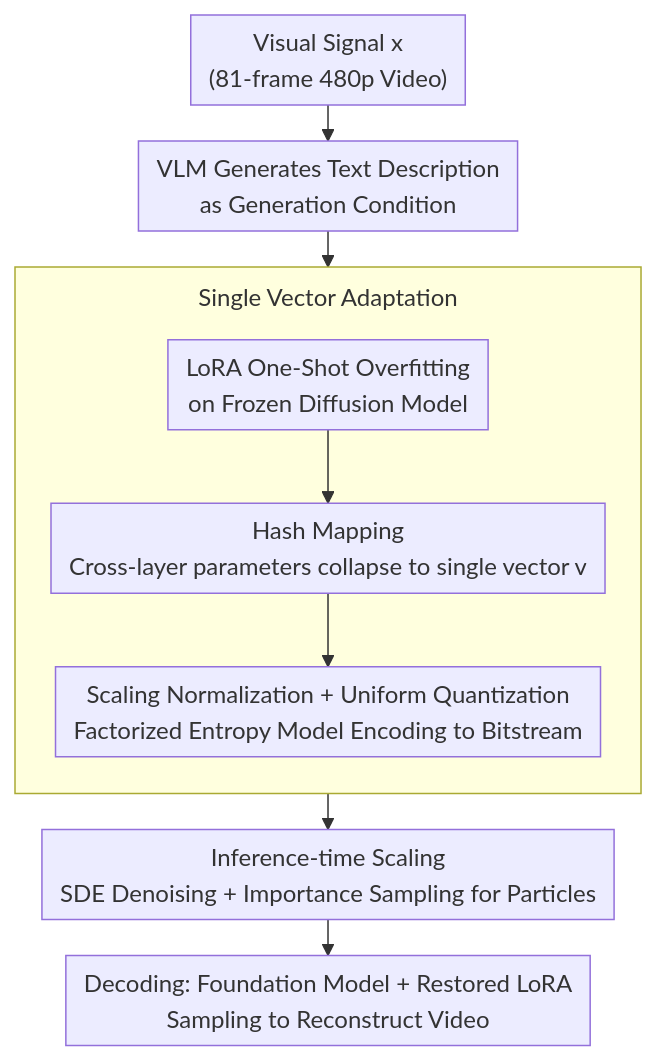
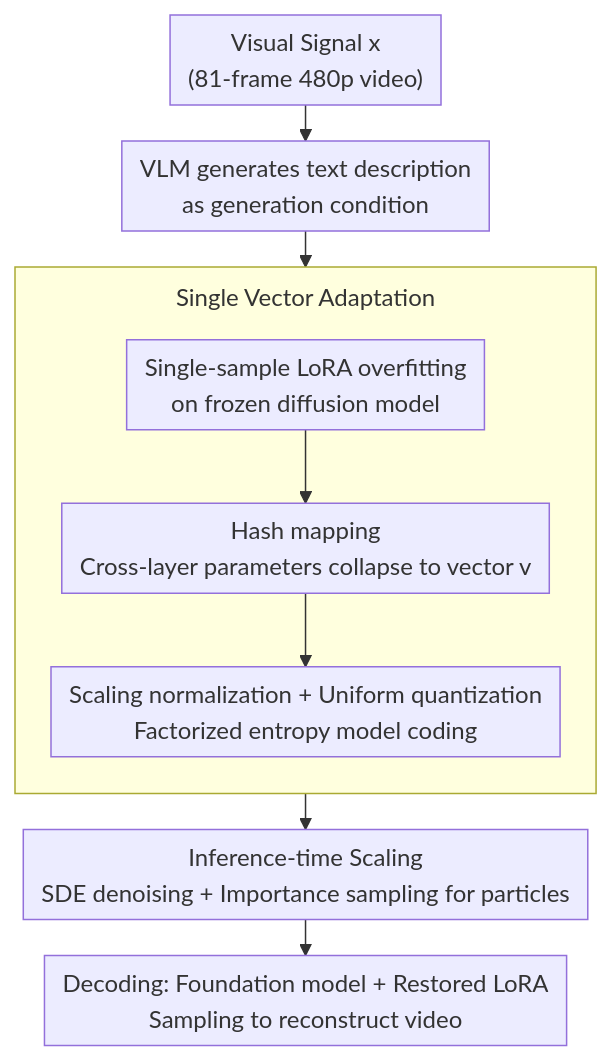
Before and after one commit to zhaoyang97/Paper-Notes-en: the diagram in docs/ICML2026/image_generation/compression_as_adaptation_implicit_visual_representation_with_diffusion_foundati.md, drawn with Mermaid. The commit also changed other lines of this file and 5084 other files, not shown here.

````diff
--- a/docs/ICML2026/image_generation/compression_as_adaptation_implicit_visual_representation_with_diffusion_foundati.md
+++ b/docs/ICML2026/image_generation/compression_as_adaptation_implicit_visual_representation_with_diffusion_foundati.md
@@ -42,13 +42,13 @@
 ```mermaid
 %%{init: {'flowchart': {'rankSpacing': 24, 'nodeSpacing': 28, 'padding': 6, 'wrappingWidth': 400, 'subGraphTitleMargin': {'top': 8, 'bottom': 16}}}}%%
 flowchart TD
-    A["Visual Signal x<br/>(81-frame 480p Video)"] --> B["VLM Generates Text Description<br/>as Generation Condition"]
+    A["Visual Signal x<br/>(81-frame 480p video)"] --> B["VLM generates text description<br/>as generation condition"]
     B --> C
     subgraph S1["Single Vector Adaptation"]
         direction TB
-        C["LoRA One-Shot Overfitting<br/>on Frozen Diffusion Model"] --> D["Hash Mapping<br/>Cross-layer parameters collapse to single vector v"]
-        D --> E["Scaling Normalization + Uniform Quantization<br/>Factorized Entropy Model Encoding to Bitstream"]
+        C["Single-sample LoRA overfitting<br/>on frozen diffusion model"] --> D["Hash mapping<br/>Cross-layer parameters collapse to vector v"]
+        D --> E["Scaling normalization + Uniform quantization<br/>Factorized entropy model coding"]
     end
-    E --> F["Inference-time Scaling<br/>SDE Denoising + Importance Sampling for Particles"]
-    F --> G["Decoding: Foundation Model + Restored LoRA<br/>Sampling to Reconstruct Video"]
+    E --> F["Inference-time Scaling<br/>SDE denoising + Importance sampling for particles"]
+    F --> G["Decoding: Foundation model + Restored LoRA<br/>Sampling to reconstruct video"]
 ```
````
